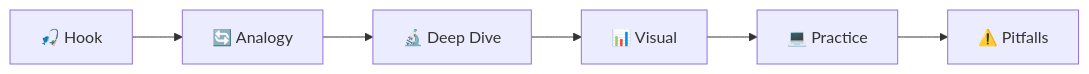
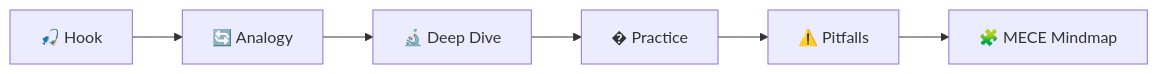
The first of 2 diagrams in .agent/skills/create-tech-lecture/SKILL.md (vuanhtu1993/vuanhtu1993.github.io), drawn with Mermaid before and after one commit. The commit also changed other lines of this file and 2 other files, not shown here.

````diff
--- a/.agent/skills/create-tech-lecture/SKILL.md
+++ b/.agent/skills/create-tech-lecture/SKILL.md
@@ -12,8 +12,8 @@
 ```mermaid
 flowchart LR
     A[🎣 Hook] --> B[🔄 Analogy]
     B --> C[🔬 Deep Dive]
-    C --> D[📊 Visual]
-    D --> E[💻 Practice]
-    E --> F[⚠️ Pitfalls]
+    C --> D[� Practice]
+    D --> E[⚠️ Pitfalls]
+    E --> F[🧩 MECE Mindmap]
 ```
````
